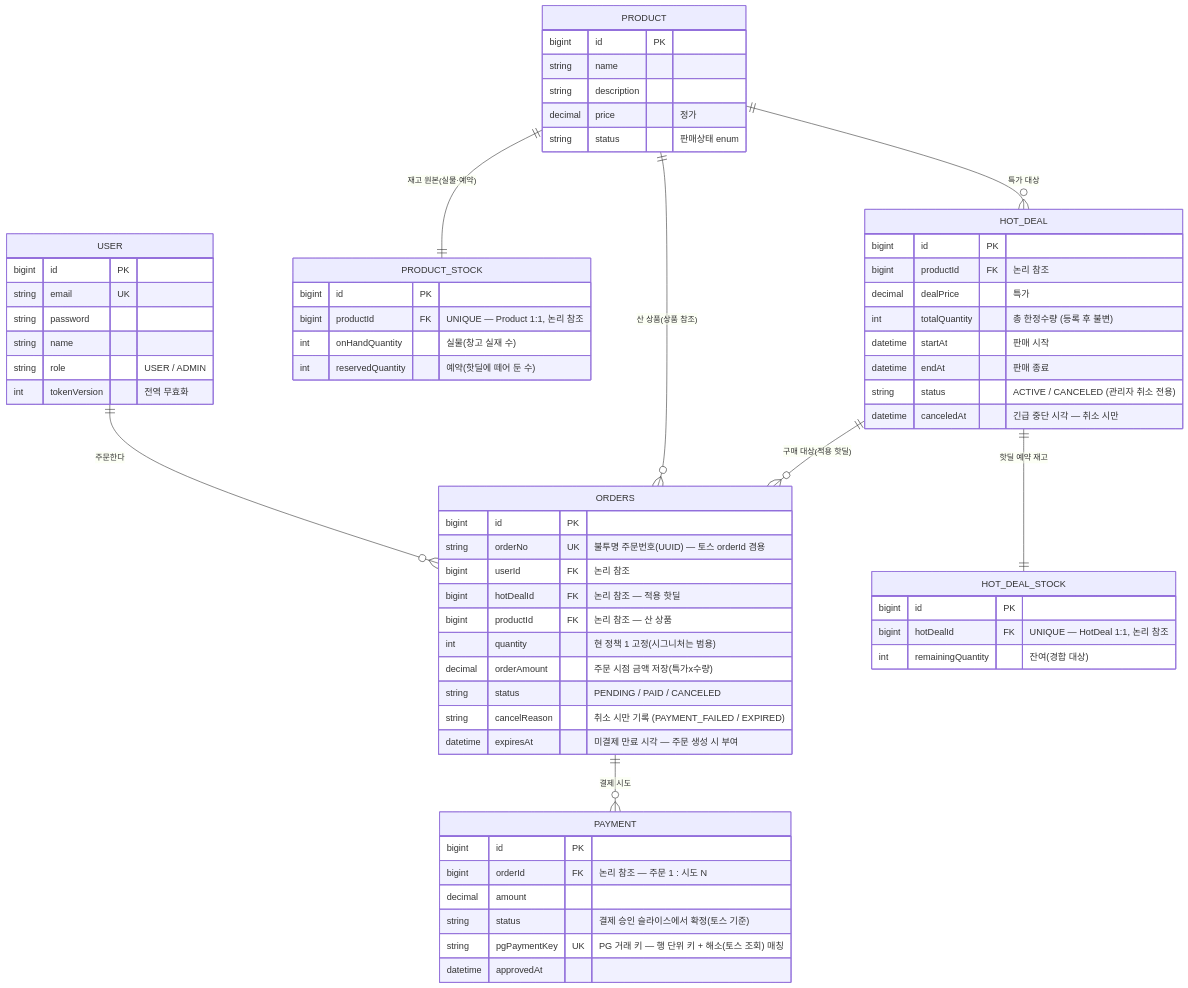
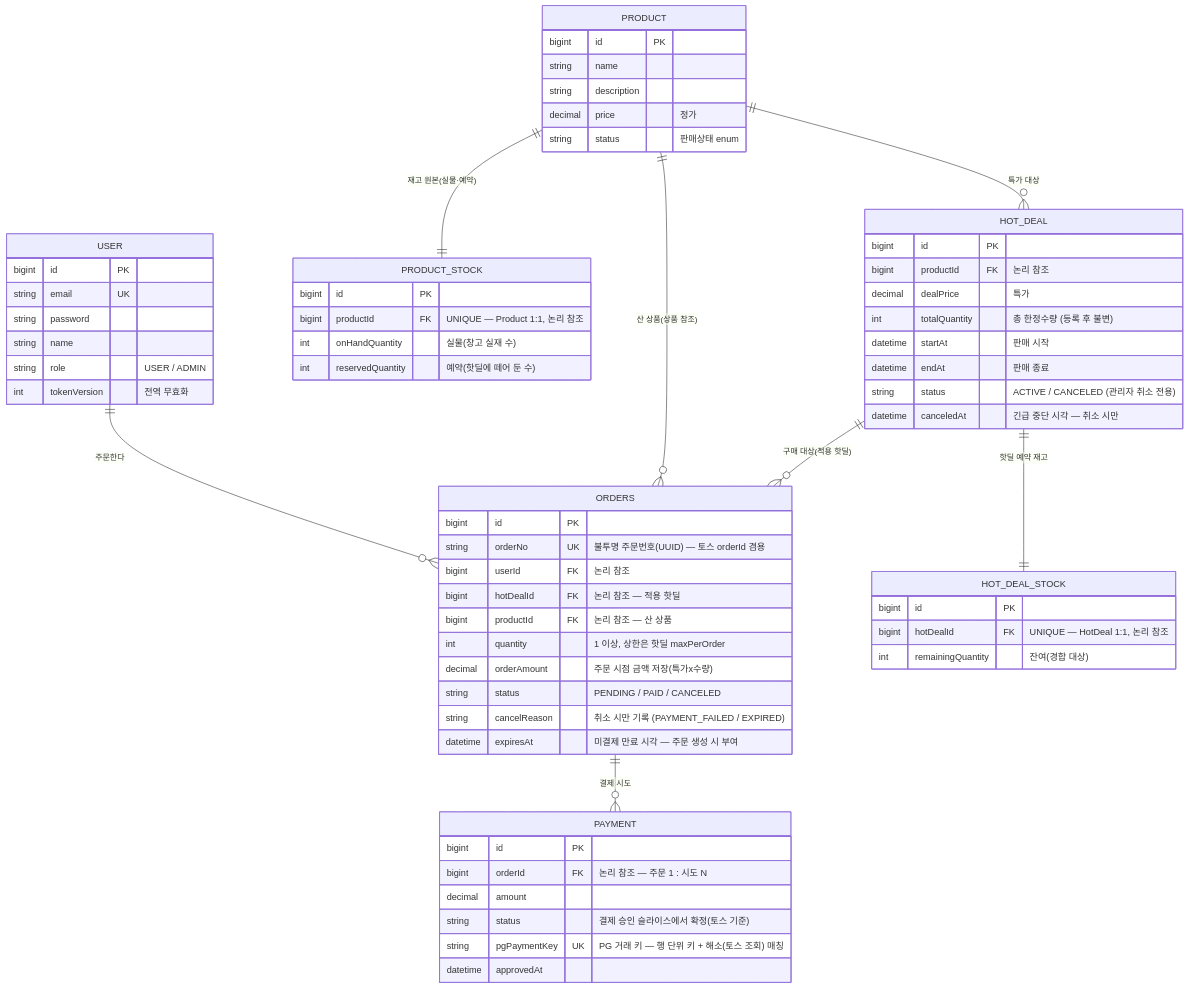
The diagram in docs/design/erd.md (Ting97ok/hotdeal-commerce), drawn with Mermaid before and after one commit. The commit also changed other lines of this file and 104 other files, not shown here.

````diff
--- a/docs/design/erd.md
+++ b/docs/design/erd.md
@@ -11,67 +10,67 @@
 ```mermaid
 erDiagram
     USER     ||--o{ ORDERS         : "주문한다"
     PRODUCT  ||--|| PRODUCT_STOCK  : "재고 원본(실물·예약)"
     PRODUCT  ||--o{ HOT_DEAL       : "특가 대상"
     PRODUCT  ||--o{ ORDERS         : "산 상품(상품 참조)"
     HOT_DEAL ||--|| HOT_DEAL_STOCK : "핫딜 예약 재고"
     HOT_DEAL ||--o{ ORDERS         : "구매 대상(적용 핫딜)"
     ORDERS   ||--o{ PAYMENT        : "결제 시도"
 
     USER {
         bigint id PK
         string email UK
         string password
         string name
         string role "USER / ADMIN"
         int    tokenVersion "전역 무효화"
     }
     PRODUCT {
         bigint  id PK
         string  name
         string  description
         decimal price "정가"
         string  status "판매상태 enum"
     }
     PRODUCT_STOCK {
         bigint id PK
         bigint productId FK "UNIQUE — Product 1:1, 논리 참조"
         int    onHandQuantity "실물(창고 실재 수)"
         int    reservedQuantity "예약(핫딜에 떼어 둔 수)"
     }
     HOT_DEAL {
         bigint   id PK
         bigint   productId FK "논리 참조"
         decimal  dealPrice "특가"
         int      totalQuantity "총 한정수량 (등록 후 불변)"
         datetime startAt "판매 시작"
         datetime endAt "판매 종료"
         string   status "ACTIVE / CANCELED (관리자 취소 전용)"
         datetime canceledAt "긴급 중단 시각 — 취소 시만"
     }
     HOT_DEAL_STOCK {
         bigint id PK
         bigint hotDealId FK "UNIQUE — HotDeal 1:1, 논리 참조"
         int    remainingQuantity "잔여(경합 대상)"
     }
     ORDERS {
         bigint   id PK
         string   orderNo UK "불투명 주문번호(UUID) — 토스 orderId 겸용"
         bigint   userId FK "논리 참조"
         bigint   hotDealId FK "논리 참조 — 적용 핫딜"
         bigint   productId FK "논리 참조 — 산 상품"
-        int      quantity "현 정책 1 고정(시그니처는 범용)"
+        int      quantity "1 이상, 상한은 핫딜 maxPerOrder"
         decimal  orderAmount "주문 시점 금액 저장(특가x수량)"
         string   status "PENDING / PAID / CANCELED"
         string   cancelReason "취소 시만 기록 (PAYMENT_FAILED / EXPIRED)"
         datetime expiresAt "미결제 만료 시각 — 주문 생성 시 부여"
     }
     PAYMENT {
         bigint   id PK
         bigint   orderId FK "논리 참조 — 주문 1 : 시도 N"
         decimal  amount
         string   status "결제 승인 슬라이스에서 확정(토스 기준)"
         string   pgPaymentKey UK "PG 거래 키 — 행 단위 키 + 해소(토스 조회) 매칭"
         datetime approvedAt
     }
 ```
````
